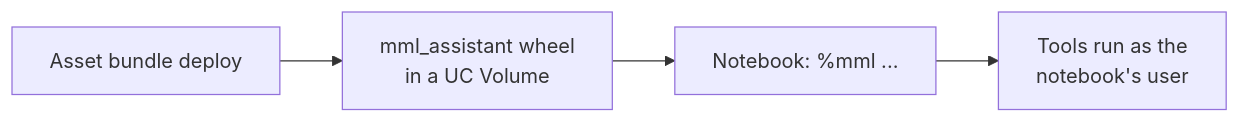
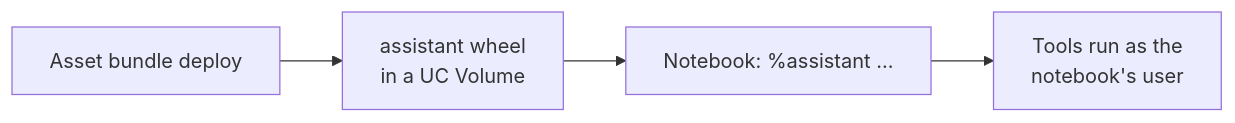
Before and after one commit to MihirUpasani/MihirUpasani.github.io: the second of 11 diagrams in src/content/blog/an-assistant-on-top-of-the-platform.md, drawn with Mermaid. The commit also changed other lines of this file, not shown here.

````diff
--- a/src/content/blog/an-assistant-on-top-of-the-platform.md
+++ b/src/content/blog/an-assistant-on-top-of-the-platform.md
@@ -65,6 +65,6 @@
 ```mermaid
 flowchart LR
-    Bundle["Asset bundle deploy"] --> Wheel["mml_assistant wheel<br/>in a UC Volume"]
-    Wheel --> NB["Notebook: %mml ..."]
+    Bundle["Asset bundle deploy"] --> Wheel["assistant wheel<br/>in a UC Volume"]
+    Wheel --> NB["Notebook: %assistant ..."]
     NB --> Tools["Tools run as the<br/>notebook's user"]
 ```
````
